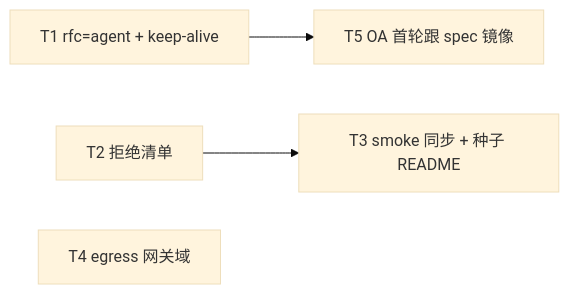
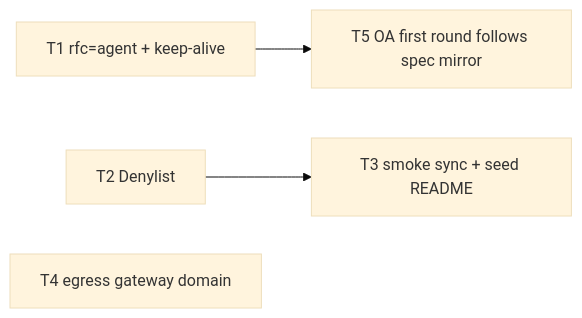
One commit to Curry09/AHE-Beta changed the diagram in docs/specs/0040-rfc-stage-and-commit-denylist.md. Above: the diagram before and after it, drawn with Mermaid (base theme). The commit also changed other lines of this file and 531 other files, not shown here.

````diff
--- a/docs/specs/0040-rfc-stage-and-commit-denylist.md
+++ b/docs/specs/0040-rfc-stage-and-commit-denylist.md
@@ -186,10 +186,10 @@
 ```mermaid
 graph LR
   T1[T1 rfc=agent + keep-alive]
-  T2[T2 拒绝清单]
-  T3[T3 smoke 同步 + 种子 README]
-  T4[T4 egress 网关域]
-  T5[T5 OA 首轮跟 spec 镜像]
+  T2[T2 Denylist]
+  T3[T3 smoke sync + seed README]
+  T4[T4 egress gateway domain]
+  T5[T5 OA first round follows spec mirror]
   T1 --> T5
   T2 --> T3
 ```
````
